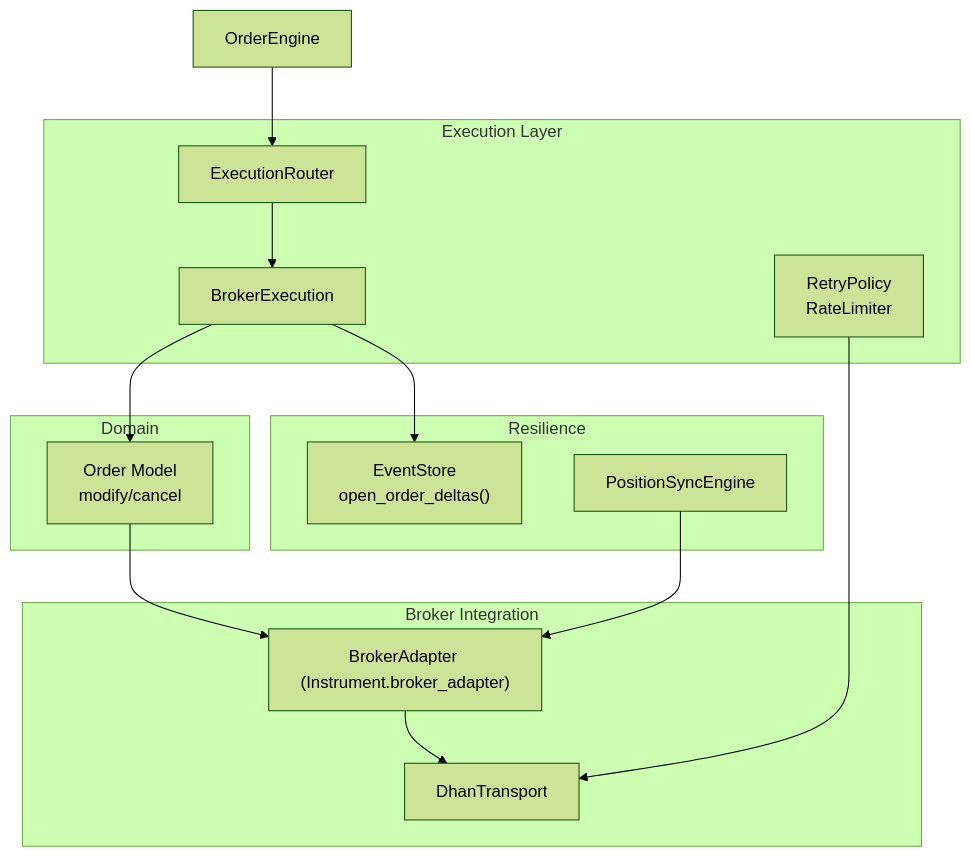
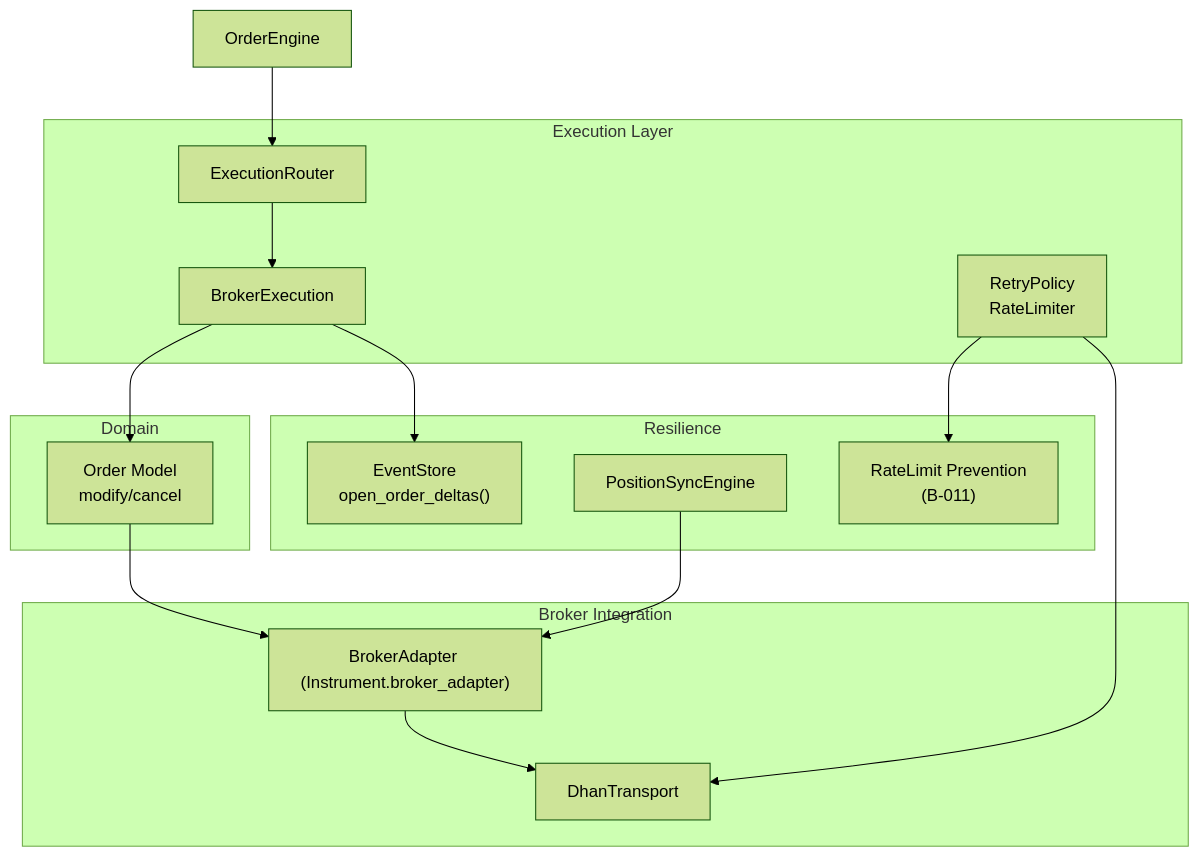
Before and after one commit to Ganesh-Kusundal/nTrade: the first of 3 diagrams in .qoder/repowiki/en/content/Order Management/Retry Logic & Idempotent Operations.md, drawn with Mermaid (forest theme). The commit also changed other lines of this file and 203 other files, not shown here.

````diff
--- a/.qoder/repowiki/en/content/Order Management/Retry Logic & Idempotent Operations.md
+++ b/.qoder/repowiki/en/content/Order Management/Retry Logic & Idempotent Operations.md
@@ -45,27 +54,29 @@
 ```mermaid
 graph TB
 subgraph "Execution Layer"
 RE["RetryPolicy<br/>RateLimiter"]
 BE["BrokerExecution"]
 RT["ExecutionRouter"]
 end
 subgraph "Broker Integration"
 DT["DhanTransport"]
 BA["BrokerAdapter (Instrument.broker_adapter)"]
 end
 subgraph "Domain"
 OM["Order Model<br/>modify/cancel"]
 end
 subgraph "Resilience"
 ES["EventStore<br/>open_order_deltas()"]
 PS["PositionSyncEngine"]
+RL["RateLimit Prevention<br/>(B-011)"]
 end
 OE["OrderEngine"] --> RT
 RT --> BE
 BE --> OM
 OM --> BA
 BA --> DT
 BE --> ES
 PS --> BA
 RE --> DT
+RE --> RL
 ```
````
